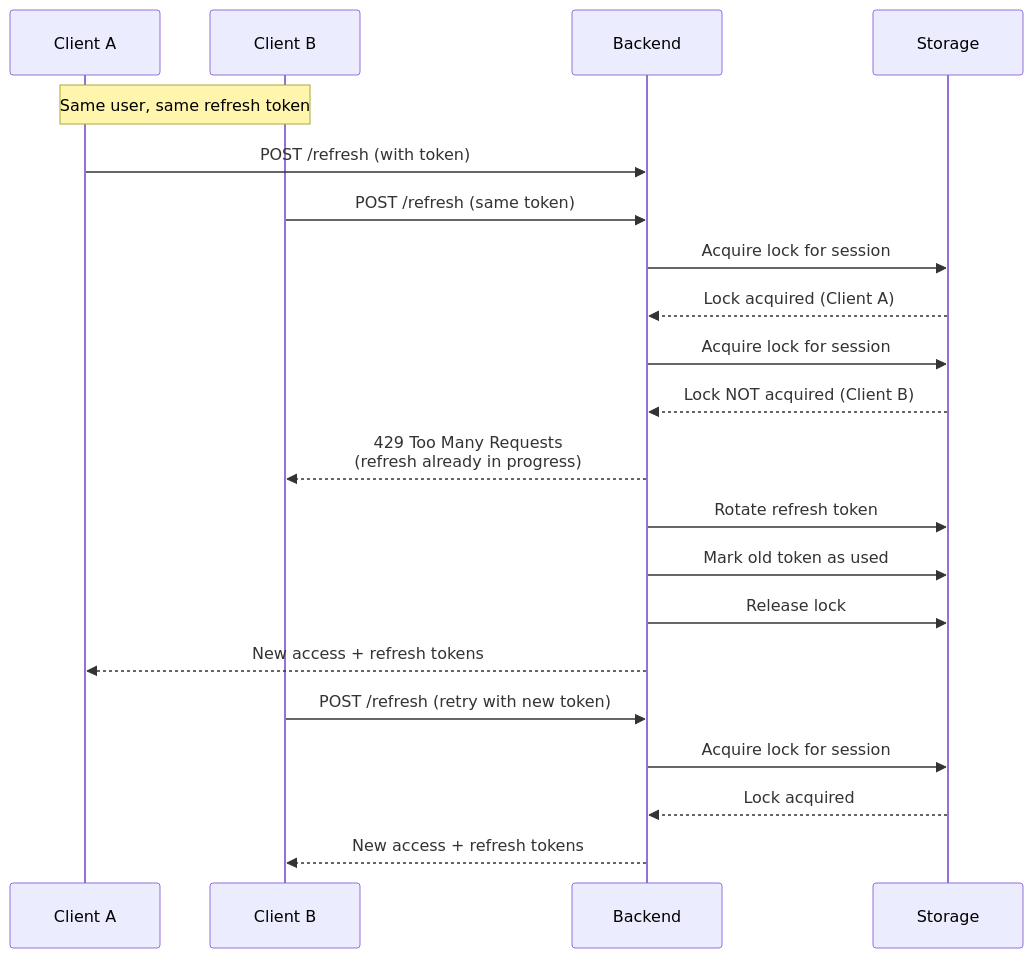
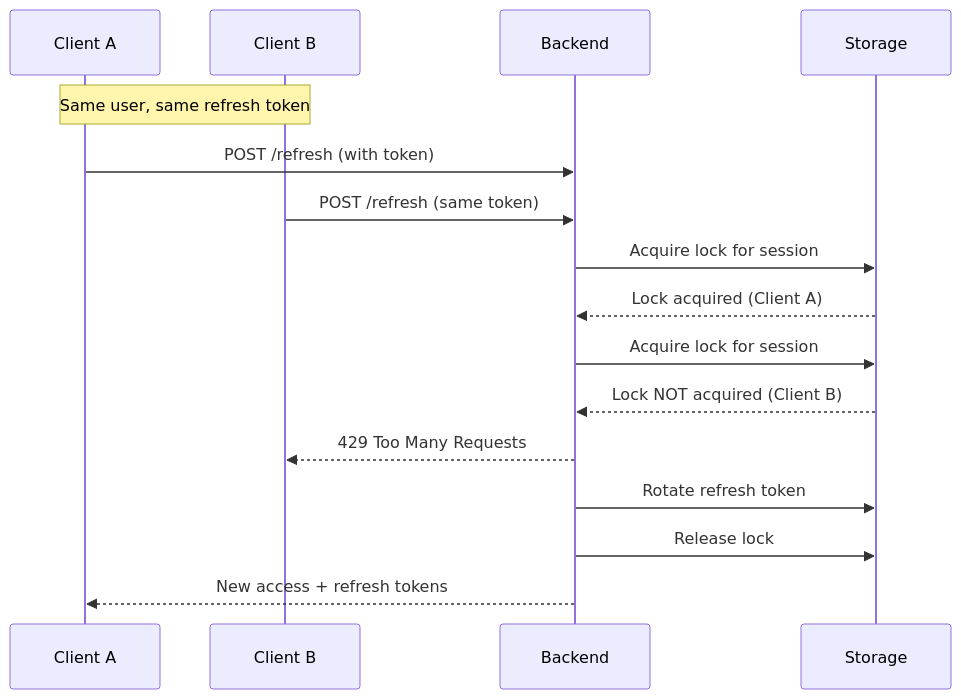
One commit to noorixorg/nauth-toolkit changed the second of 2 diagrams in nauth-docs/docs/concepts/rate-limiting.md. Above: the diagram before and after it, drawn with Mermaid. The commit also changed other lines of this file and 231 other files, not shown here.

````diff
--- a/nauth-docs/docs/concepts/rate-limiting.md
+++ b/nauth-docs/docs/concepts/rate-limiting.md
@@ -471,29 +143,23 @@
 ```mermaid
 sequenceDiagram
     participant Client A
     participant Client B
     participant Backend
     participant Storage
 
     Note over Client A,Client B: Same user, same refresh token
 
     Client A->>Backend: POST /refresh (with token)
     Client B->>Backend: POST /refresh (same token)
 
     Backend->>Storage: Acquire lock for session
     Storage-->>Backend: Lock acquired (Client A)
 
     Backend->>Storage: Acquire lock for session
     Storage-->>Backend: Lock NOT acquired (Client B)
-    Backend-->>Client B: 429 Too Many Requests<br/>(refresh already in progress)
+    Backend-->>Client B: 429 Too Many Requests
 
     Backend->>Storage: Rotate refresh token
-    Backend->>Storage: Mark old token as used
     Backend->>Storage: Release lock
     Backend-->>Client A: New access + refresh tokens
-
-    Client B->>Backend: POST /refresh (retry with new token)
-    Backend->>Storage: Acquire lock for session
-    Storage-->>Backend: Lock acquired
-    Backend-->>Client B: New access + refresh tokens
 ```
````
